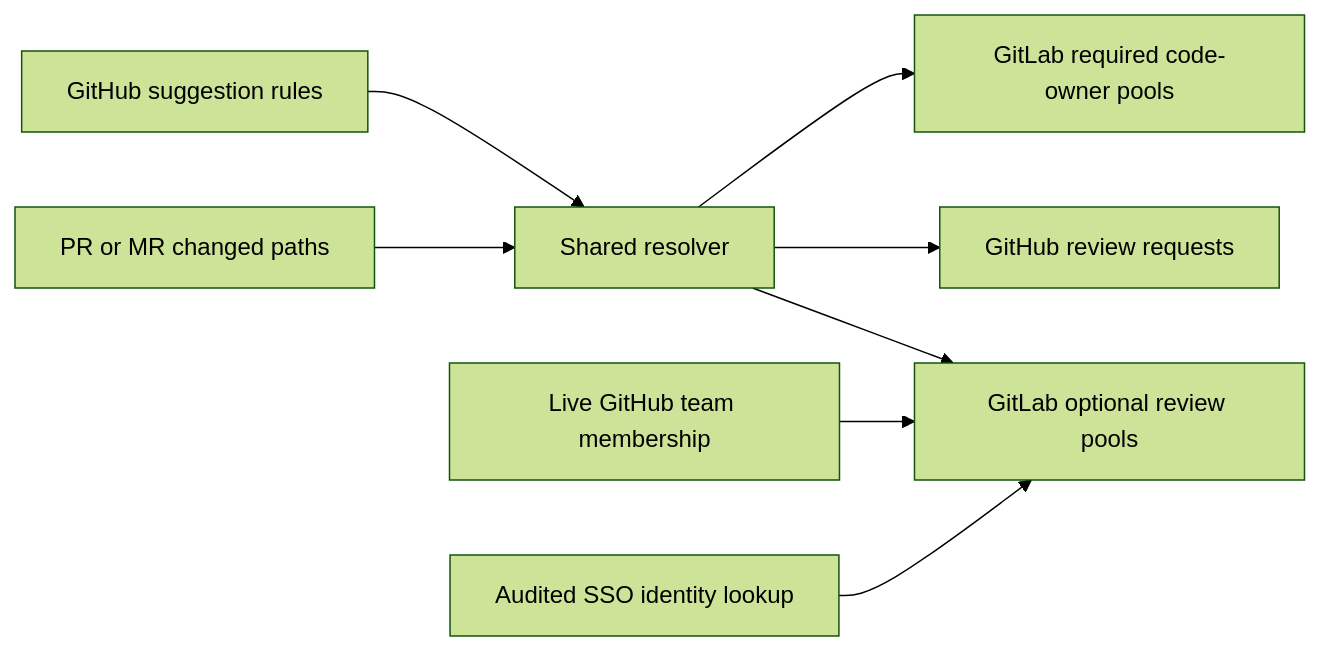
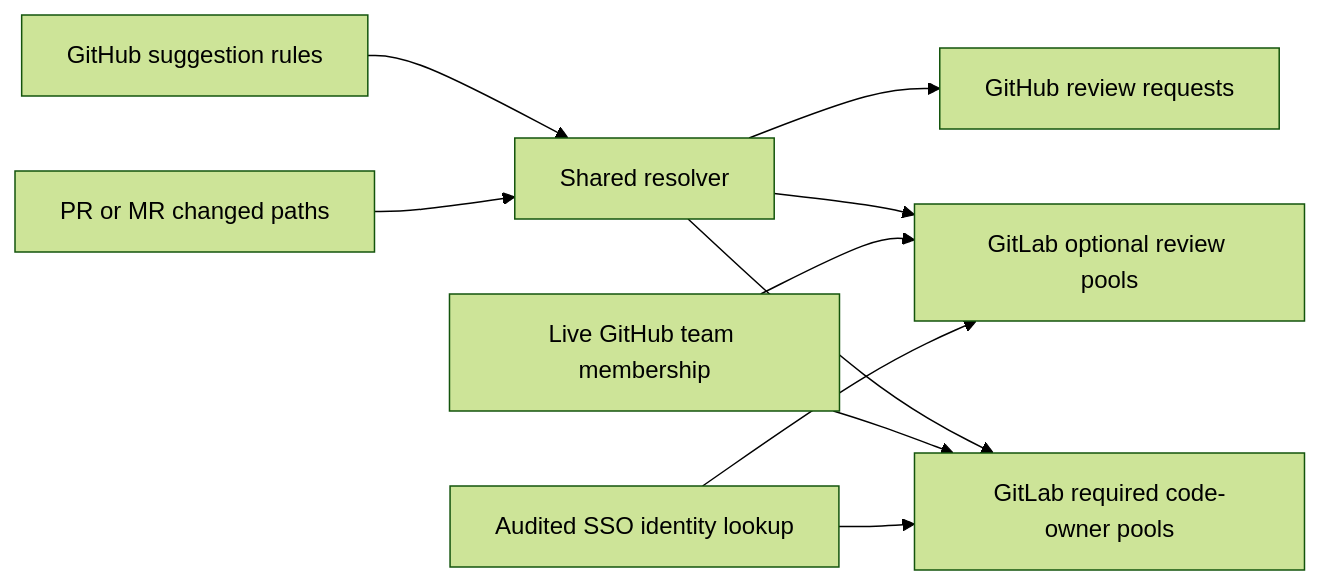
The second of 2 diagrams in README.md (NVIDIA-NeMo/FW-CI-templates), drawn with Mermaid (forest theme) before and after one commit. The commit also changed other lines of this file and 4 other files, not shown here.

````diff
--- a/README.md
+++ b/README.md
@@ -52,10 +53,12 @@
 ```mermaid
 flowchart LR
     Rules[GitHub suggestion rules] --> Resolver[Shared resolver]
     Diff[PR or MR changed paths] --> Resolver
     Resolver --> GH[GitHub review requests]
     Resolver --> GL[GitLab optional review pools]
     Resolver --> GLR[GitLab required code-owner pools]
     Teams[Live GitHub team membership] --> GL
+    Teams --> GLR
     Identities[Audited SSO identity lookup] --> GL
+    Identities --> GLR
 ```
````
